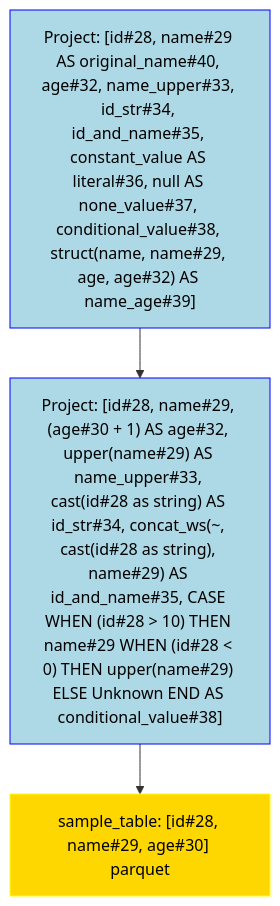
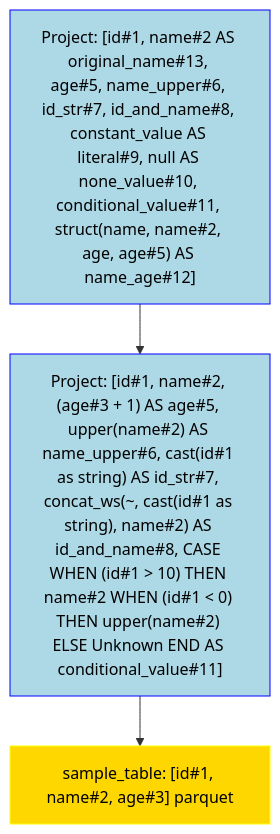
The diagram in data/visualization/derive.mmd (NielkNetraam/explainalyzed), drawn with Mermaid before and after one commit. The commit also changed 63 other files, not shown here.

```diff
--- a/data/visualization/derive.mmd
+++ b/data/visualization/derive.mmd
@@ -1,15 +1,15 @@
 flowchart TD
     classDef PROJECT stroke:Blue,fill:LightBlue,color:black
     classDef FILTER stroke:Green,fill:LightGreen,color:black
     classDef UNION stroke:Purple,fill:Violet,color:black
     classDef JOIN stroke:DarkOrange,fill:Orange,color:black
     classDef RELATION stroke:Yellow,fill:Gold,color:black
     classDef AGGREGATE stroke:Brown,fill:Chocolate,color:black
     classDef WINDOW stroke:Aqua,fill:Cyan,color:black
 
-    Project#00001["Project: [id#28, name#29 AS original_name#40, age#32, name_upper#33, id_str#34, id_and_name#35, constant_value AS literal#36, null AS none_value#37, conditional_value#38, struct(name, name#29, age, age#32) AS name_age#39]"]:::PROJECT
-    Project#00002["Project: [id#28, name#29, (age#30 + 1) AS age#32, upper(name#29) AS name_upper#33, cast(id#28 as string) AS id_str#34, concat_ws(~, cast(id#28 as string), name#29) AS id_and_name#35, CASE WHEN (id#28 > 10) THEN name#29 WHEN (id#28 < 0) THEN upper(name#29) ELSE Unknown END AS conditional_value#38]"]:::PROJECT
-    Relation#00003["sample_table: [id#28, name#29, age#30] parquet"]:::RELATION
+    Project#00001["Project: [id#1, name#2 AS original_name#13, age#5, name_upper#6, id_str#7, id_and_name#8, constant_value AS literal#9, null AS none_value#10, conditional_value#11, struct(name, name#2, age, age#5) AS name_age#12]"]:::PROJECT
+    Project#00002["Project: [id#1, name#2, (age#3 + 1) AS age#5, upper(name#2) AS name_upper#6, cast(id#1 as string) AS id_str#7, concat_ws(~, cast(id#1 as string), name#2) AS id_and_name#8, CASE WHEN (id#1 > 10) THEN name#2 WHEN (id#1 < 0) THEN upper(name#2) ELSE Unknown END AS conditional_value#11]"]:::PROJECT
+    Relation#00003["sample_table: [id#1, name#2, age#3] parquet"]:::RELATION
 
     Project#00001 --> Project#00002
         Project#00002 --> Relation#00003
```
